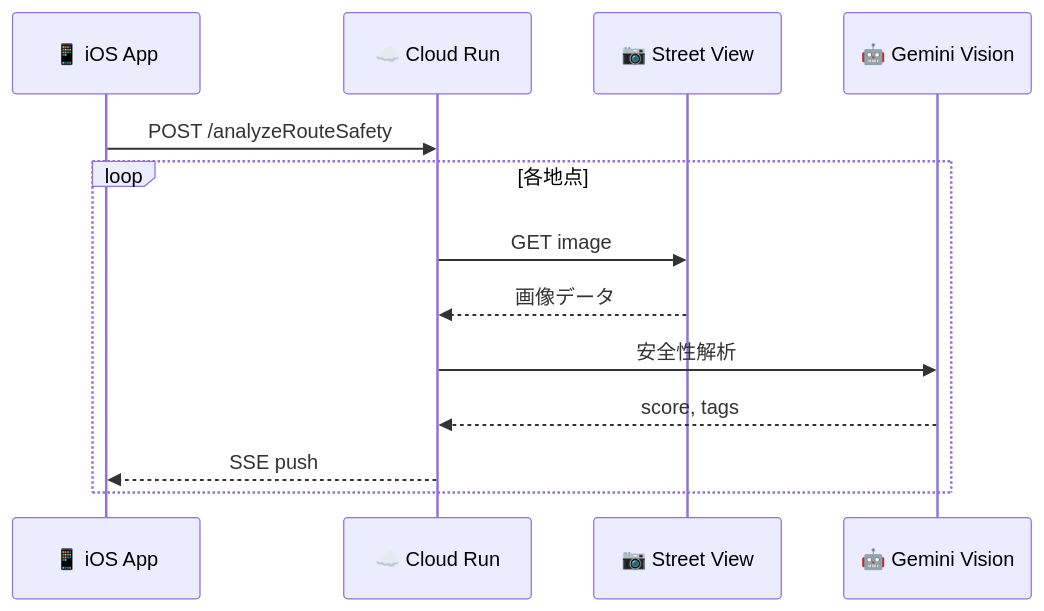
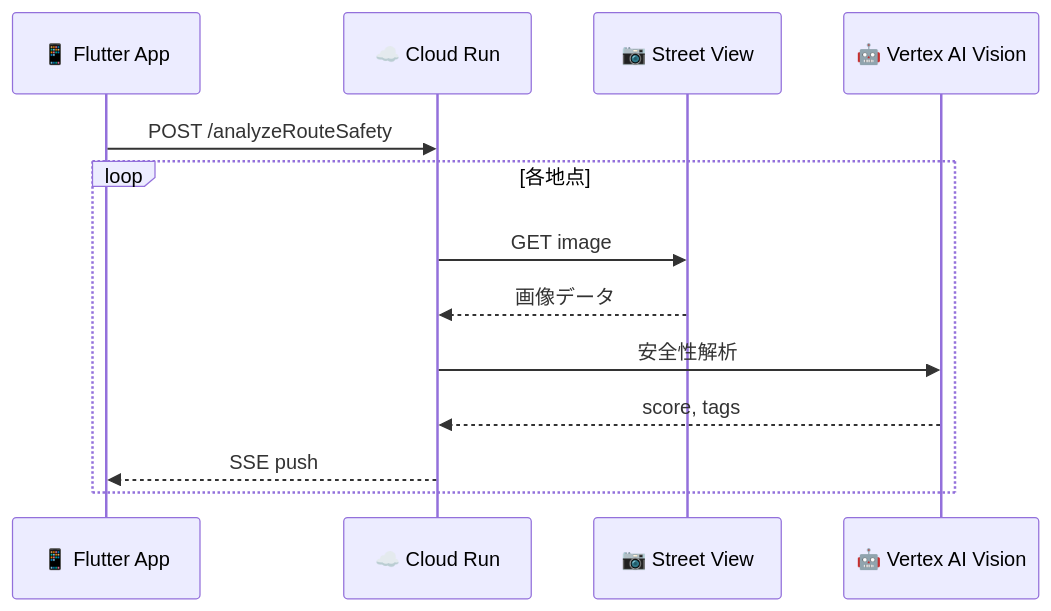
Before and after one commit to Ryg-appdev/safe-routing-ai-navigation: the second of 2 diagrams in Docs/確定/06_API仕様書.md, drawn with Mermaid. The commit also changed other lines of this file and 12 other files, not shown here.

Commit message:
docs: 全ドキュメントの整合性を修正（Flutter/Vertex AI/ADK統一）

````diff
--- a/Docs/確定/06_API仕様書.md
+++ b/Docs/確定/06_API仕様書.md
@@ -86,16 +86,16 @@
 ```mermaid
 sequenceDiagram
-    participant iOS as 📱 iOS App
+    participant App as 📱 Flutter App
     participant CR as ☁️ Cloud Run
     participant SV as 📷 Street View
-    participant G3 as 🤖 Gemini Vision
+    participant G3 as 🤖 Vertex AI Vision
 
-    iOS->>CR: POST /analyzeRouteSafety
+    App->>CR: POST /analyzeRouteSafety
     loop 各地点
         CR->>SV: GET image
         SV-->>CR: 画像データ
         CR->>G3: 安全性解析
         G3-->>CR: score, tags
-        CR-->>iOS: SSE push
+        CR-->>App: SSE push
     end
 ```
````
